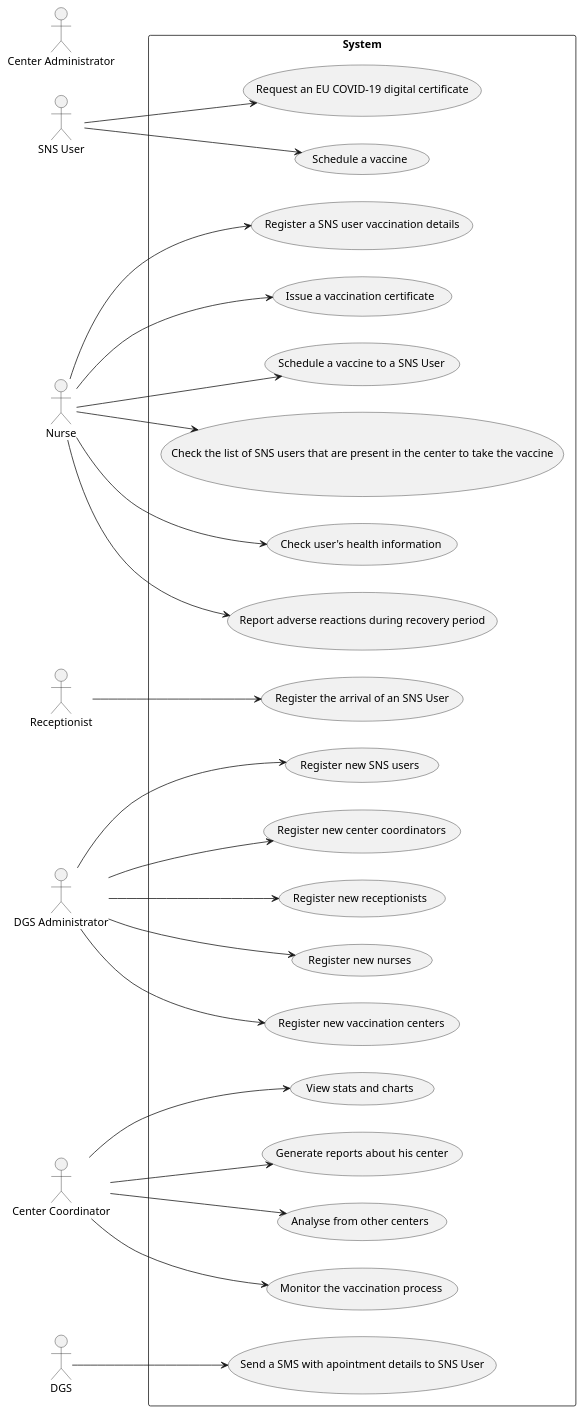
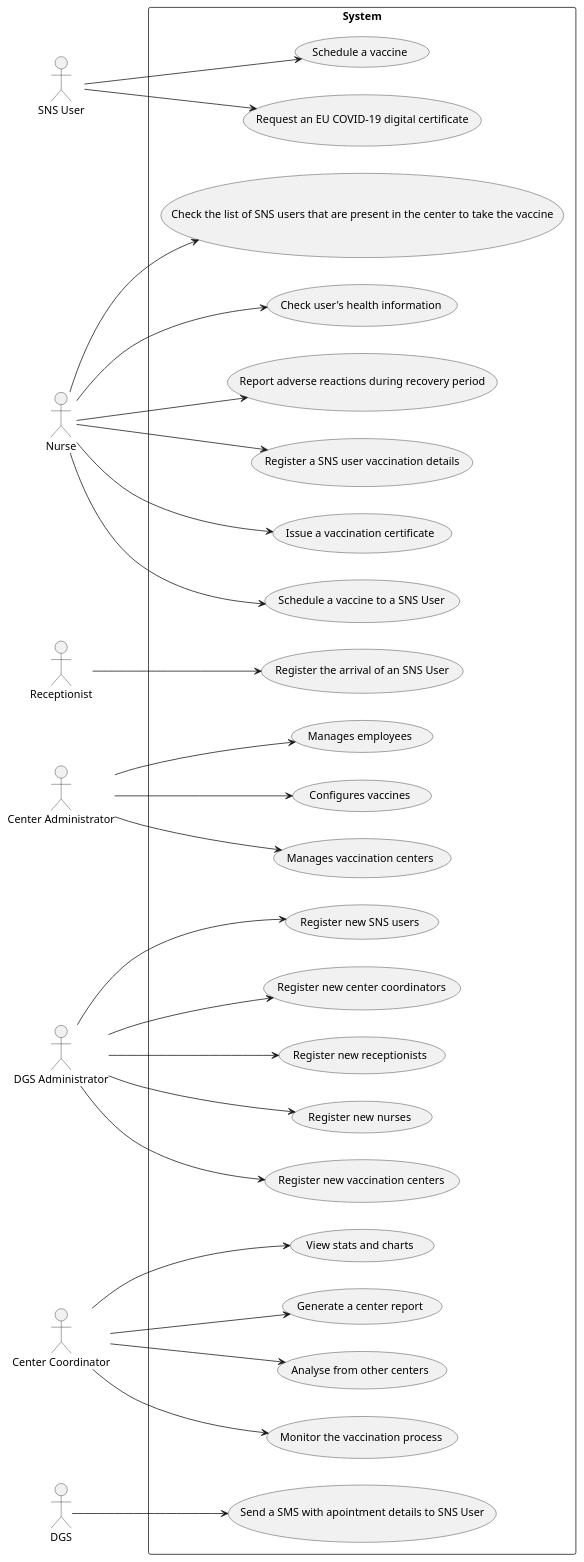
The diagram in docs/SprintA/UCD.puml (miseEnPlace-i/lapr2), drawn with PlantUML before and after one commit.

Commit message:
add: use cases 20-22 (center admin)

```diff
--- a/docs/SprintA/UCD.puml
+++ b/docs/SprintA/UCD.puml
@@ -1,56 +1,62 @@
 @startuml UCD
 
 left to right direction
 
 actor "SNS User" as user
 actor "Nurse" as nurse
 actor "Receptionist" as recept
 actor "Center Administrator" as cadmin
 actor "DGS Administrator" as dgsadmin
 actor "Center Coordinator" as coordinator
 actor "DGS" as dgs
 
 rectangle System {
   usecase "Schedule a vaccine" as UC01
   usecase "Request an EU COVID-19 digital certificate" as UC02
   usecase "Send a SMS with apointment details to SNS User" as UC03
   usecase "Issue a vaccination certificate" as UC04
   usecase "Schedule a vaccine to a SNS User" as UC05
   usecase "Check the list of SNS users that are present in the center to take the vaccine" as UC06
   usecase "Check user's health information" as UC07
   usecase "Report adverse reactions during recovery period" as UC08
   usecase "Register a SNS user vaccination details" as UC09
   usecase "Register the arrival of an SNS User" as UC10
   usecase "Register new vaccination centers" as UC11
   usecase "Register new SNS users" as UC12
   usecase "Register new center coordinators" as UC13
   usecase "Register new receptionists" as UC14
   usecase "Register new nurses" as UC15
   usecase "Monitor the vaccination process" as UC16
   usecase "View stats and charts" as UC17
-  usecase "Generate reports about his center" as UC18
+  usecase "Generate a center report" as UC18
   usecase "Analyse from other centers" as UC19
+  usecase "Configures vaccines" as UC20
+  usecase "Manages vaccination centers" as UC21
+  usecase "Manages employees" as UC22
 }
 
 user --> UC01
 user --> UC02
 dgs --> UC03
 nurse --> UC04
 nurse --> UC05
 nurse --> UC06
 nurse --> UC07
 nurse --> UC08
 nurse --> UC09
 recept --> UC10
 dgsadmin --> UC11
 dgsadmin --> UC12
 dgsadmin --> UC13
 dgsadmin --> UC14
 dgsadmin --> UC15
 coordinator --> UC16
 coordinator --> UC17
 coordinator --> UC18
 coordinator --> UC19
+cadmin --> UC20
+cadmin --> UC21
+cadmin --> UC22
 
 
 @enduml
```
